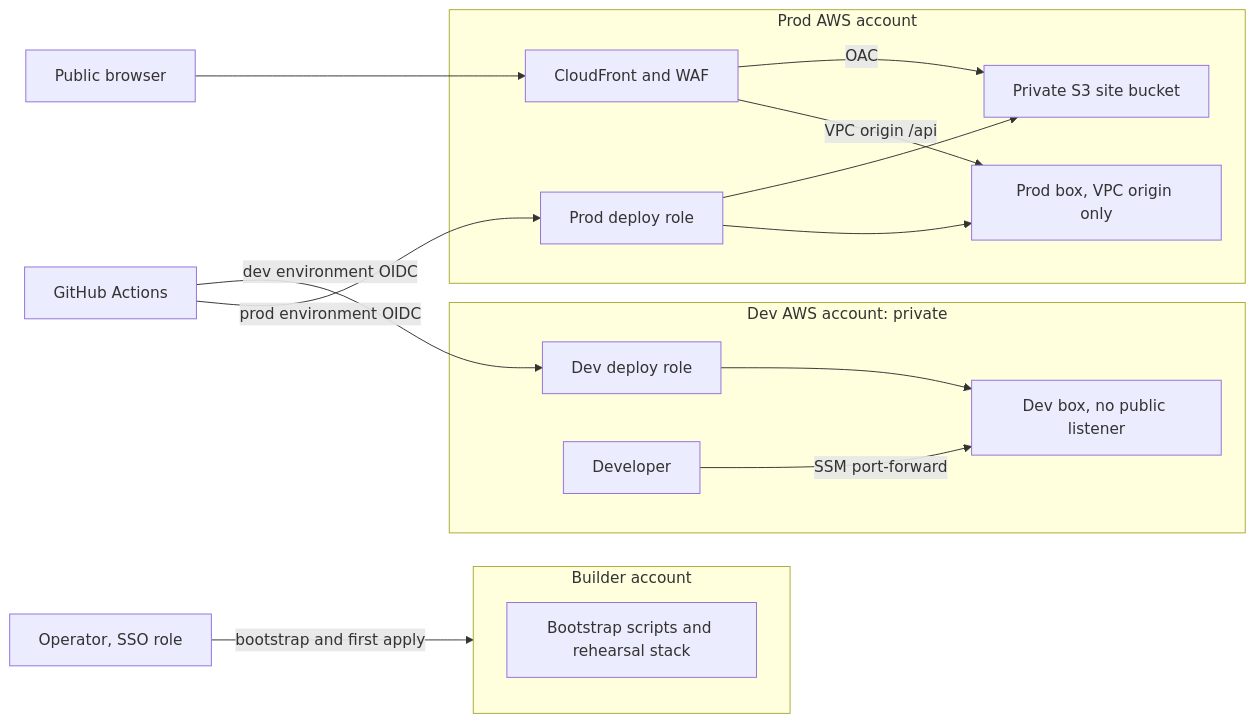
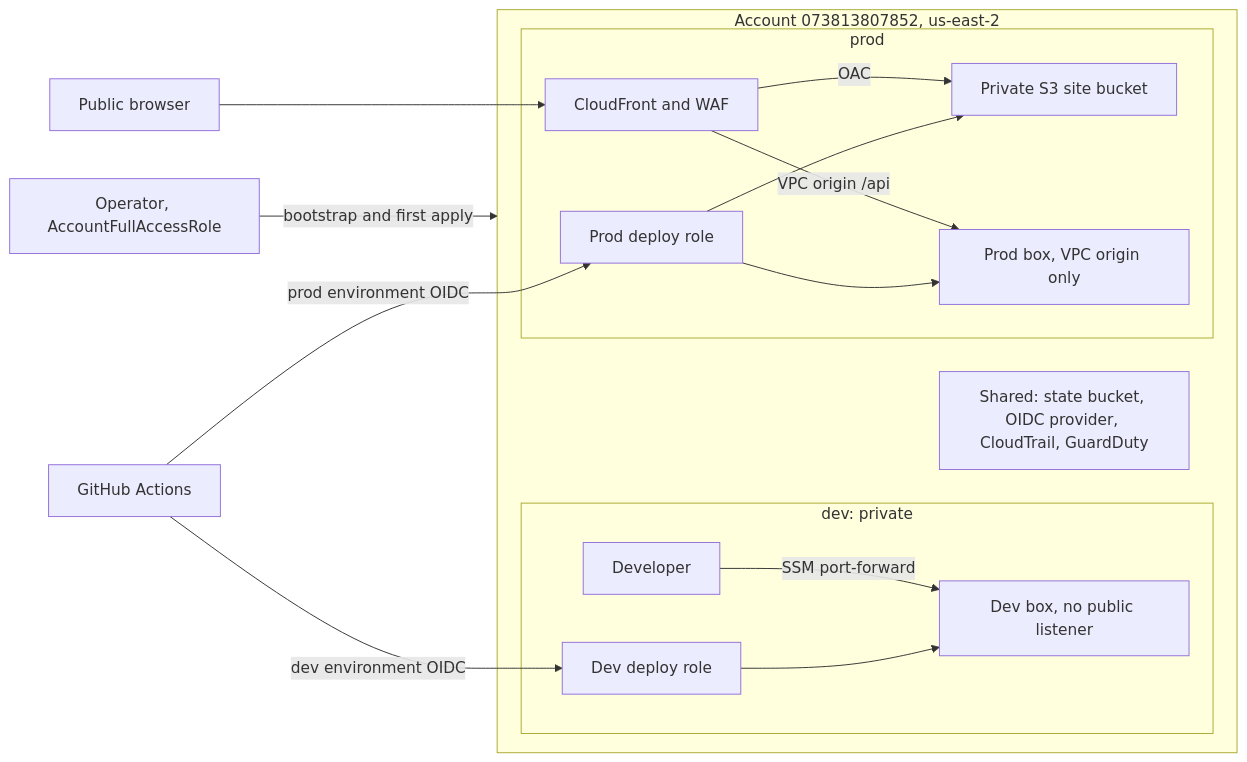
The sixth of 18 diagrams in docs/CI_CD.md (Yale-Undergraduate-Consulting-Group/club-res-website), drawn with Mermaid before and after one commit. The commit also changed other lines of this file and 2 other files, not shown here.

Commit message:
Run dev and prod in one shared AWS account; keep account vending for later

````diff
--- a/docs/CI_CD.md
+++ b/docs/CI_CD.md
@@ -266,20 +266,20 @@
 ```mermaid
 flowchart LR
   GH["GitHub Actions"] -->|dev environment OIDC| DR
   GH -->|prod environment OIDC| PR
-  OP["Operator, SSO role"] -->|bootstrap and first apply| B
-  subgraph B["Builder account"]
-    BS["Bootstrap scripts and rehearsal stack"]
-  end
-  subgraph DEV["Dev AWS account: private"]
-    DR["Dev deploy role"] --> DBOX["Dev box, no public listener"]
-    DEVS["Developer"] -->|"SSM port-forward"| DBOX
-  end
-  subgraph PROD["Prod AWS account"]
-    PR["Prod deploy role"] --> PS["Private S3 site bucket"]
-    PR --> PBOX["Prod box, VPC origin only"]
-    PC["CloudFront and WAF"] -->|OAC| PS
-    PC -->|VPC origin /api| PBOX
+  OP["Operator, AccountFullAccessRole"] -->|bootstrap and first apply| ACC
+  subgraph ACC["Account 073813807852, us-east-2"]
+    BS["Shared: state bucket, OIDC provider, CloudTrail, GuardDuty"]
+    subgraph DEV["dev: private"]
+      DR["Dev deploy role"] --> DBOX["Dev box, no public listener"]
+      DEVS["Developer"] -->|"SSM port-forward"| DBOX
+    end
+    subgraph PROD["prod"]
+      PR["Prod deploy role"] --> PS["Private S3 site bucket"]
+      PR --> PBOX["Prod box, VPC origin only"]
+      PC["CloudFront and WAF"] -->|OAC| PS
+      PC -->|VPC origin /api| PBOX
+    end
   end
   PUBLIC["Public browser"] --> PC
 ```
````
